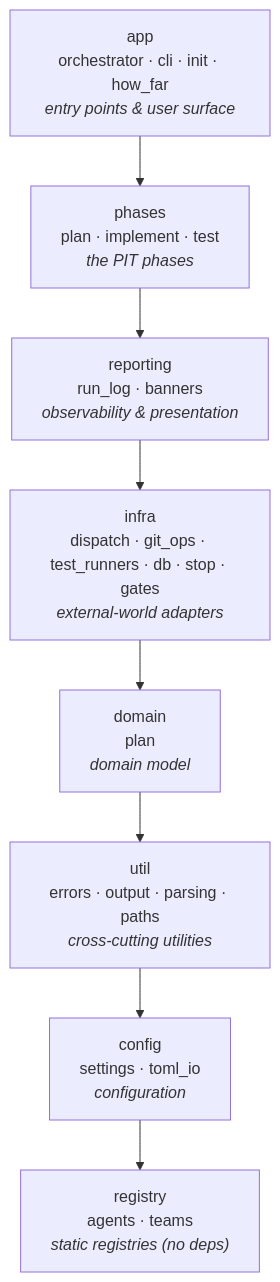
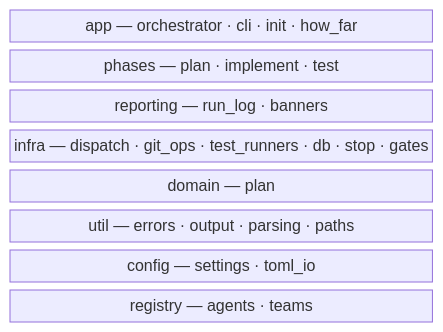
The diagram in docs/architecture.qmd (haakonbull/autosprint), drawn with Mermaid before and after one commit. The commit also changed other lines of this file, not shown here.

First line of the commit message:
docs: use a Mermaid block diagram for layers; reference LikeC4 for C4

````diff
--- a/docs/architecture.qmd
+++ b/docs/architecture.qmd
@@ -18,15 +17,14 @@
 ```{mermaid}
 %%| label: fig-layers
-%%| fig-cap: "The eight package layers. Imports flow strictly downward; any layer may use any layer beneath it."
-flowchart TD
-  app["app<br>orchestrator · cli · init · how_far<br><i>entry points & user surface</i>"]
-  phases["phases<br>plan · implement · test<br><i>the PIT phases</i>"]
-  reporting["reporting<br>run_log · banners<br><i>observability & presentation</i>"]
-  infra["infra<br>dispatch · git_ops · test_runners · db · stop · gates<br><i>external-world adapters</i>"]
-  domain["domain<br>plan<br><i>domain model</i>"]
-  util["util<br>errors · output · parsing · paths<br><i>cross-cutting utilities</i>"]
-  config["config<br>settings · toml_io<br><i>configuration</i>"]
-  registry["registry<br>agents · teams<br><i>static registries (no deps)</i>"]
-
-  app --> phases --> reporting --> infra --> domain --> util --> config --> registry
+%%| fig-cap: "The eight package layers, highest at the top. Imports flow strictly downward."
+block-beta
+  columns 1
+  app["app — orchestrator · cli · init · how_far"]
+  phases["phases — plan · implement · test"]
+  reporting["reporting — run_log · banners"]
+  infra["infra — dispatch · git_ops · test_runners · db · stop · gates"]
+  domain["domain — plan"]
+  util["util — errors · output · parsing · paths"]
+  config["config — settings · toml_io"]
+  registry["registry — agents · teams"]
 ```
````
